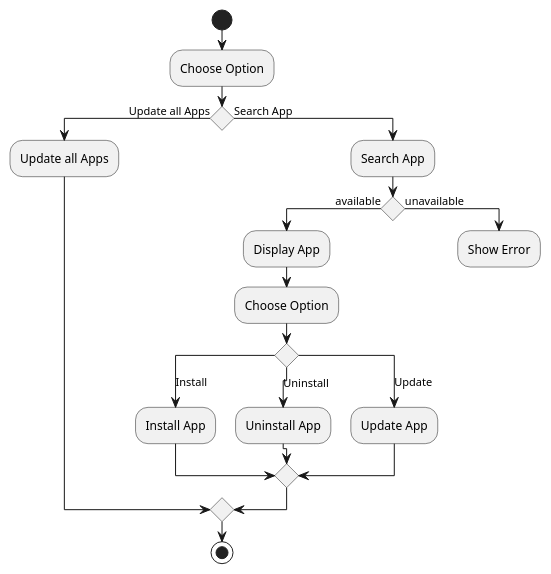
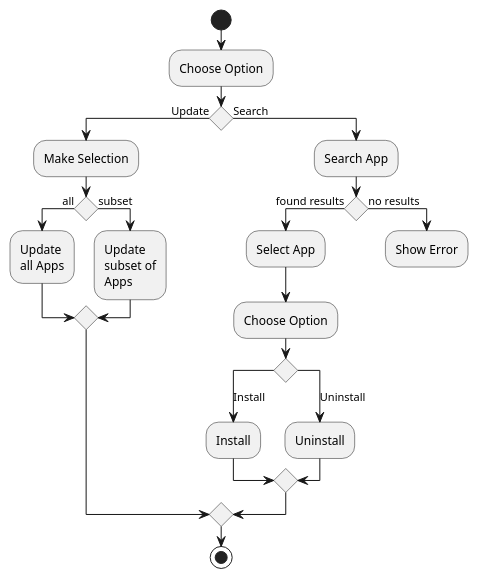
One commit to notfirefox/swea-project changed the diagram in src/appstore_activity.puml. Above: the diagram before and after it, drawn with PlantUML.

Commit message:
Update activity diagram

```diff
--- a/src/appstore_activity.puml
+++ b/src/appstore_activity.puml
@@ -1,30 +1,36 @@
 @startuml
 
 start
 
 :Choose Option;
-if () is (Update all Apps) then
-  :Update all Apps;
-else (Search App)
+if () is (Update) then
+  :Make Selection;
+  if () then (all)
+    :Update
+    all Apps;
+  else (subset)
+    :Update
+    subset of
+    Apps;
+  endif
+else (Search)
     :Search App;
 
-    if () then (available)
-        :Display App;
+    if () then (found results)
+        :Select App;
         :Choose Option;
         switch ()
         case (Install)
-        :Install App;
+        :Install;
         case (Uninstall)
-        :Uninstall App;
-        case (Update)
-        :Update App;
+        :Uninstall;
         endswitch
-    else (unavailable)
+    else (no results)
         :Show Error;
         detach
     endif
 endif
 
 stop
 
 @enduml
```
